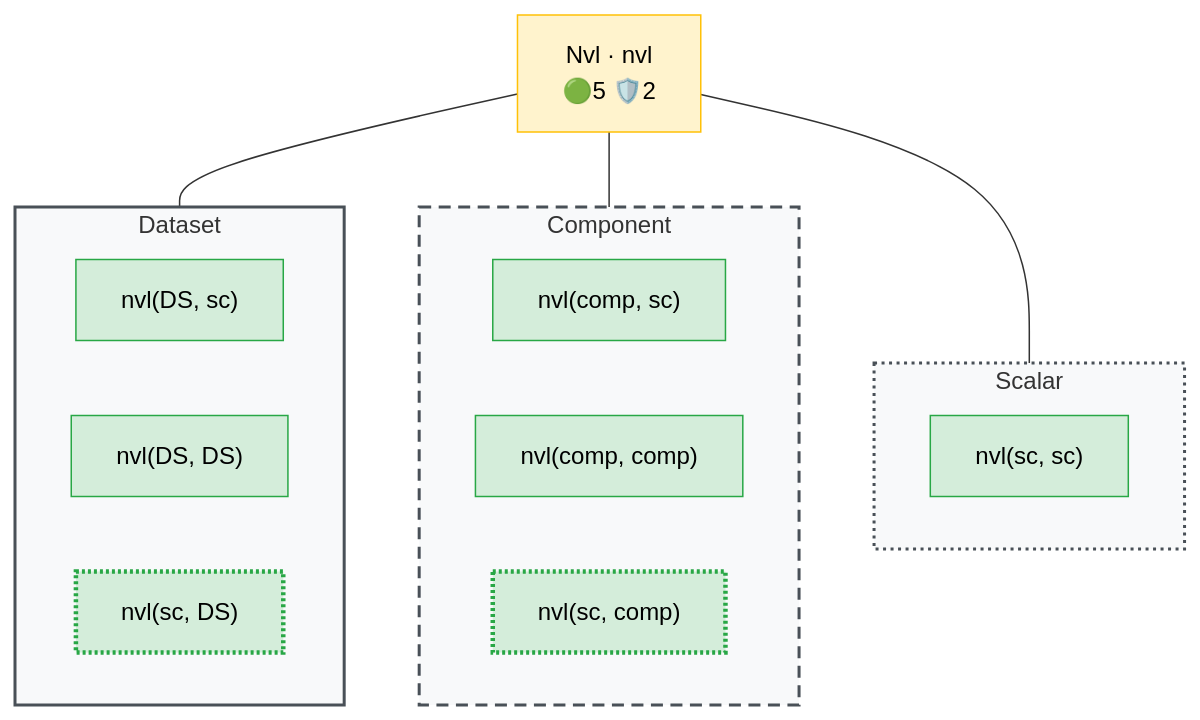
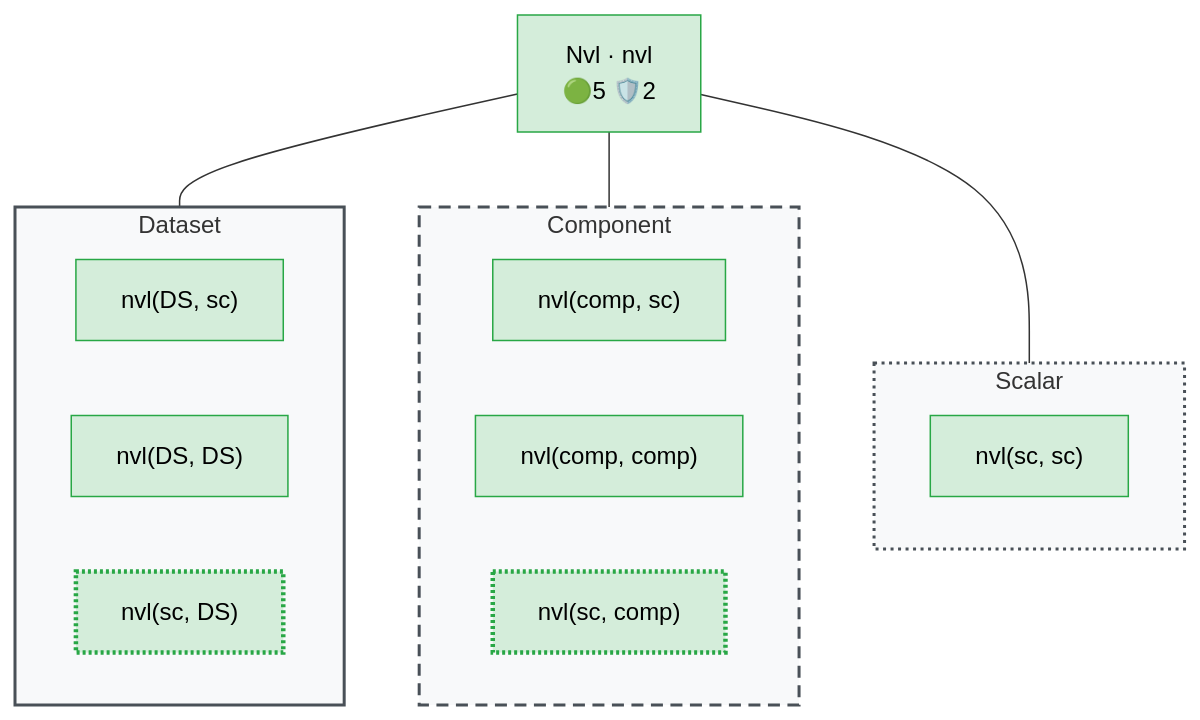
The diagram in docs/operator_map/conditional/nvl.rst (Meaningful-Data/vtlengine), drawn with Mermaid before and after one commit. The commit also changed other lines of this file and 140 other files, not shown here.

```diff
--- a/docs/operator_map/conditional/nvl.rst
+++ b/docs/operator_map/conditional/nvl.rst
@@ -21,41 +21,41 @@
 .. mermaid::
    :config: {"flowchart": {"useMaxWidth": false}}
 
    flowchart TB
        classDef ok fill:#d4edda,stroke:#28a745,color:#000
        classDef partial fill:#fff3cd,stroke:#ffc107,color:#000
        classDef refused fill:#d4edda,stroke:#28a745,stroke-width:3px,stroke-dasharray: 2 2,color:#000
        classDef missing fill:#f8d7da,stroke:#dc3545,color:#000
        classDef diverge fill:#cce5ff,stroke:#007bff,color:#000
        classDef block fill:#2b3a4a,stroke:#2b3a4a,color:#fff,font-weight:bold
        classDef ext fill:#fff,stroke:#666,color:#000,stroke-dasharray: 5 5
-       O["Nvl · nvl<br/>🟢5 🛡️2"]:::partial
+       O["Nvl · nvl<br/>🟢5 🛡️2"]:::ok
        subgraph G_ds["Dataset"]
            direction LR
            v_ds_sc["nvl(DS, sc)"]:::ok
            v_ds_ds["nvl(DS, DS)"]:::ok
            v_sc_ds["nvl(sc, DS)"]:::refused
        end
        subgraph G_comp["Component"]
            direction LR
            v_comp_sc["nvl(comp, sc)"]:::ok
            v_comp_comp["nvl(comp, comp)"]:::ok
            v_sc_comp["nvl(sc, comp)"]:::refused
        end
        subgraph G_sc["Scalar"]
            direction LR
            v_sc_sc["nvl(sc, sc)"]:::ok
        end
        O --- G_ds
        O --- G_comp
        O --- G_sc
        style G_ds fill:#f8f9fa,stroke:#495057,stroke-width:2px
        style G_comp fill:#f8f9fa,stroke:#495057,stroke-width:2px,stroke-dasharray: 8 5
        style G_sc fill:#f8f9fa,stroke:#495057,stroke-width:2px,stroke-dasharray: 2 3
        click v_ds_sc href "#form-ds-sc"
        click v_ds_ds href "#form-ds-ds"
        click v_sc_ds href "#form-sc-ds"
        click v_comp_sc href "#form-comp-sc"
        click v_comp_comp href "#form-comp-comp"
        click v_sc_comp href "#form-sc-comp"
        click v_sc_sc href "#form-sc-sc"
```
